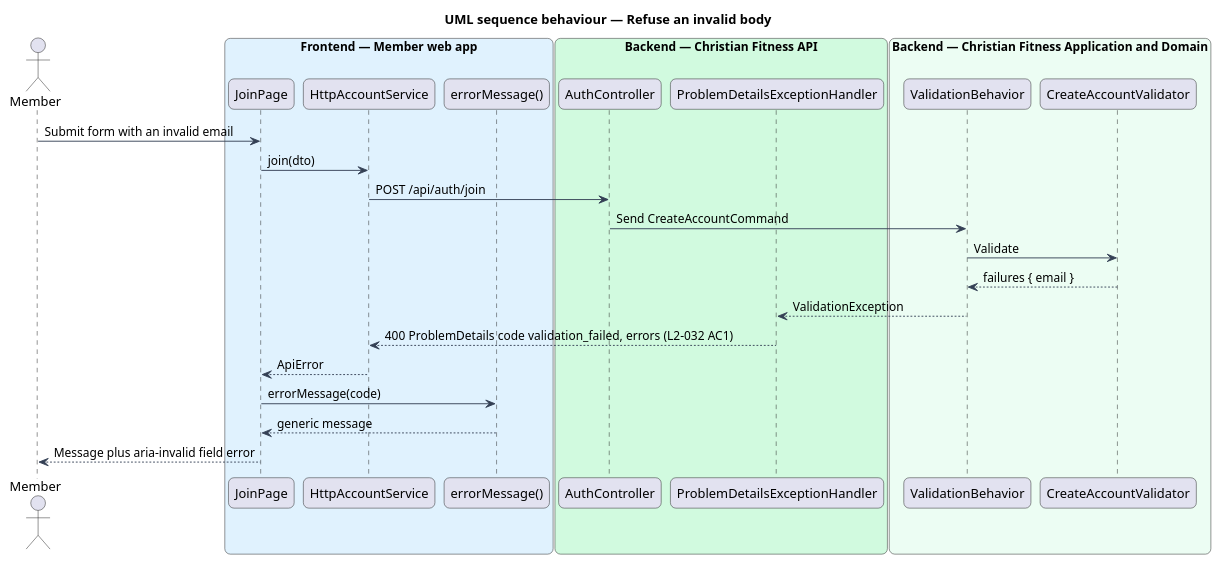
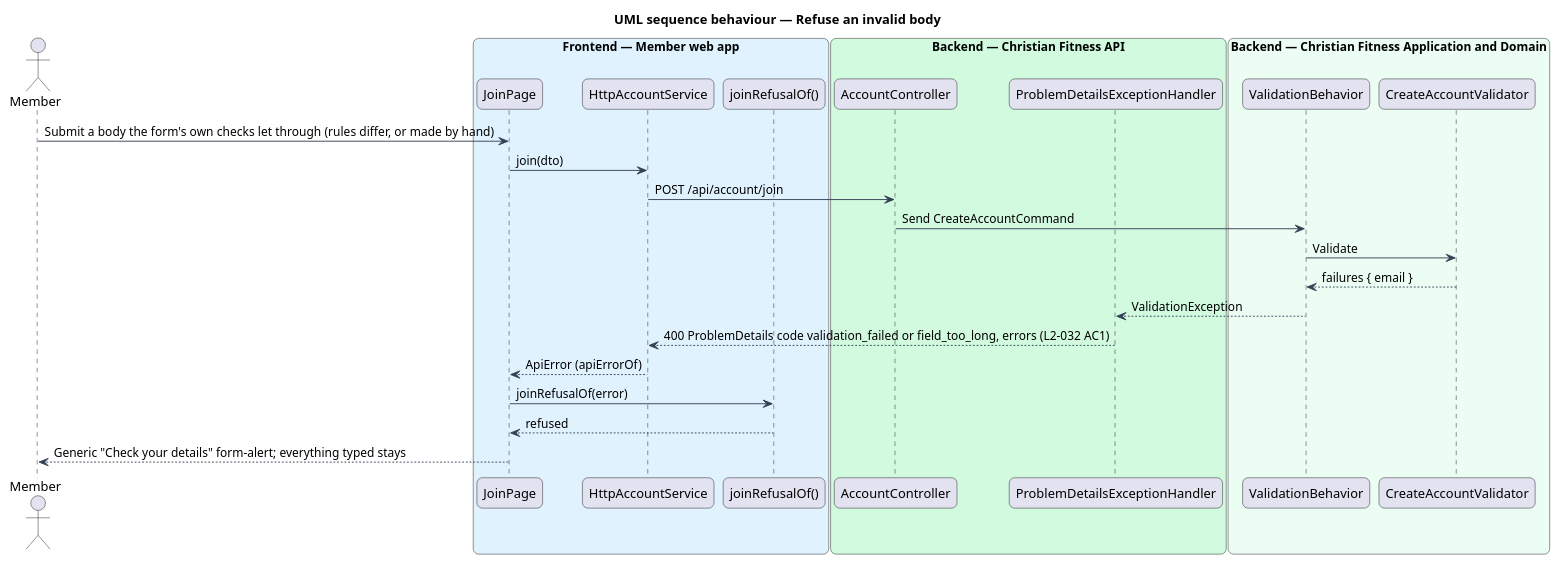
The diagram in docs/detailed-designs/security/validate-input/diagrams/sequence-validation-failed.puml (QuinntyneBrown/christian-fitness), drawn with PlantUML before and after one commit. The commit also changed 21 other files, not shown here.

```diff
--- a/docs/detailed-designs/security/validate-input/diagrams/sequence-validation-failed.puml
+++ b/docs/detailed-designs/security/validate-input/diagrams/sequence-validation-failed.puml
@@ -1,43 +1,43 @@
 @startuml
 title UML sequence behaviour — Refuse an invalid body
 skinparam backgroundColor #FFFFFF
 skinparam shadowing false
 skinparam roundcorner 12
 skinparam defaultFontName Arial
 skinparam ArrowColor #344054
 skinparam rectangle {
   BorderColor #344054
   FontColor #101828
 }
 skinparam package {
   BorderColor #667085
   FontColor #101828
   BackgroundColor #F9FAFB
 }
 actor "Member" as actor
 box "Frontend — Member web app" #E0F2FE
   participant "JoinPage" as page
   participant "HttpAccountService" as http
-  participant "errorMessage()" as msg
+  participant "joinRefusalOf()" as msg
 end box
 box "Backend — Christian Fitness API" #D1FADF
-  participant "AuthController" as ctrl
+  participant "AccountController" as ctrl
   participant "ProblemDetailsExceptionHandler" as eh
 end box
 box "Backend — Christian Fitness Application and Domain" #ECFDF3
   participant "ValidationBehavior" as vb
   participant "CreateAccountValidator" as v
 end box
-actor -> page : Submit form with an invalid email
+actor -> page : Submit a body the form's own checks let through (rules differ, or made by hand)
 page -> http : join(dto)
-http -> ctrl : POST /api/auth/join
+http -> ctrl : POST /api/account/join
 ctrl -> vb : Send CreateAccountCommand
 vb -> v : Validate
 v --> vb : failures { email }
 vb --> eh : ValidationException
-eh --> http : 400 ProblemDetails code validation_failed, errors (L2-032 AC1)
-http --> page : ApiError
-page -> msg : errorMessage(code)
-msg --> page : generic message
-page --> actor : Message plus aria-invalid field error
+eh --> http : 400 ProblemDetails code validation_failed or field_too_long, errors (L2-032 AC1)
+http --> page : ApiError (apiErrorOf)
+page -> msg : joinRefusalOf(error)
+msg --> page : refused
+page --> actor : Generic "Check your details" form-alert; everything typed stays
 @enduml
```
